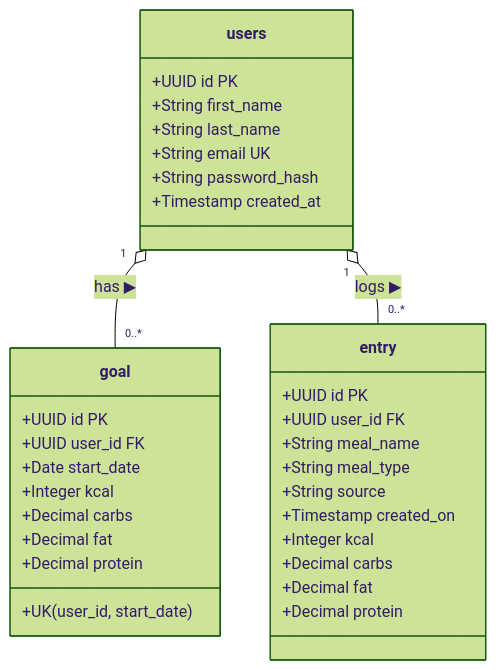
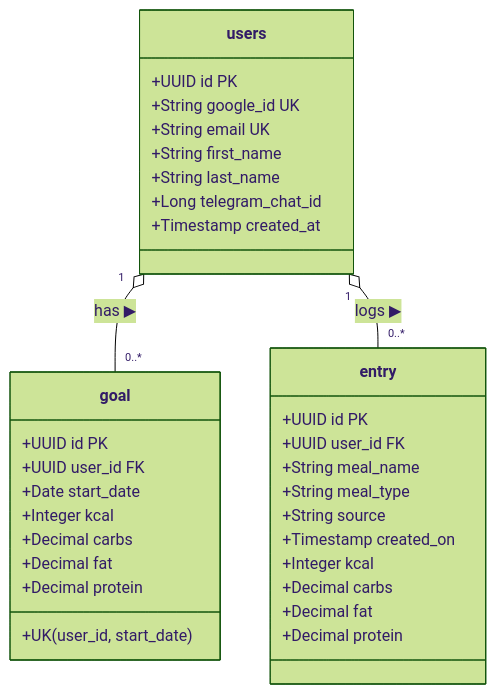
One commit to ec-mentors/project-module-andres-bs12 changed the first of 2 diagrams in README.md. Above: the diagram before and after it, drawn with Mermaid (forest theme). The commit also changed other lines of this file, not shown here.

Commit message:
docs: update user schema to require google_id, keep email, and remove password_hash

````diff
--- a/README.md
+++ b/README.md
@@ -90,40 +90,41 @@
 ```mermaid
 classDiagram
     direction TB
 
     class users {
         +UUID id PK
+        +String google_id UK
+        +String email UK
         +String first_name
         +String last_name
-        +String email UK
-        +String password_hash
+        +Long telegram_chat_id
         +Timestamp created_at
     }
 
     class goal {
         +UUID id PK
         +UUID user_id FK
         +Date start_date
         +Integer kcal
         +Decimal carbs
         +Decimal fat
         +Decimal protein
         +UK(user_id, start_date)
     }
 
     class entry {
         +UUID id PK
         +UUID user_id FK
         +String meal_name
         +String meal_type
         +String source
         +Timestamp created_on
         +Integer kcal
         +Decimal carbs
         +Decimal fat
         +Decimal protein
     }
 
     users "1" o-- "0..*" goal : has ▶
     users "1" o-- "0..*" entry : logs ▶
 ```
````
